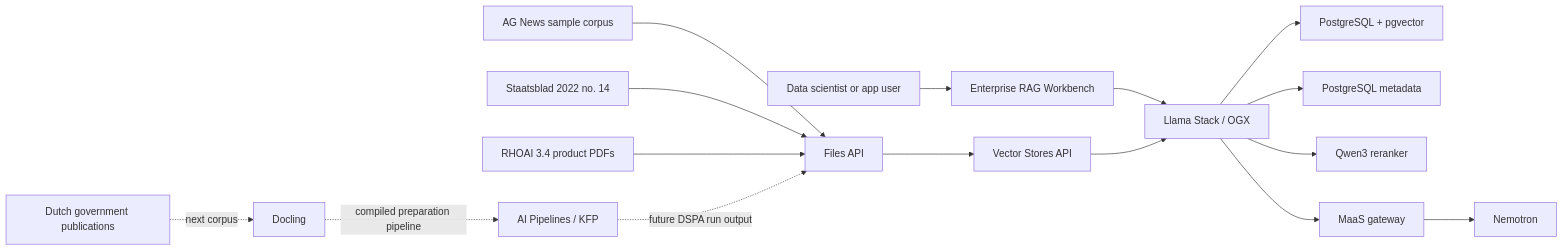
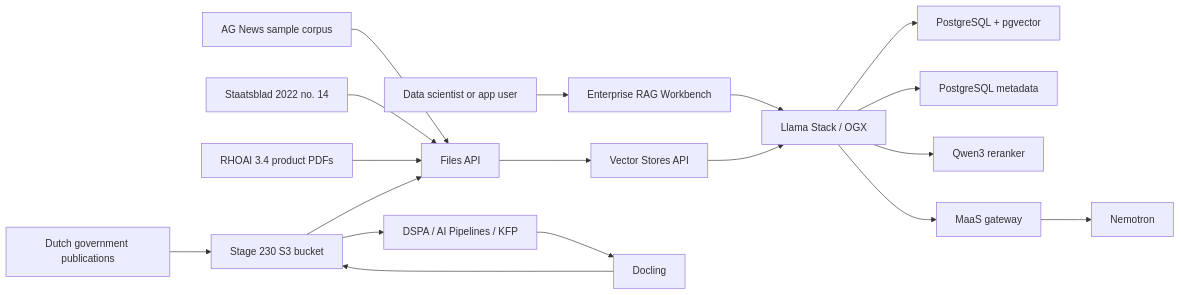
One commit to adnan-drina/rhoai3-demo changed the diagram in stage-230-private-data-rag/README.md. Above: the diagram before and after it, drawn with Mermaid. The commit also changed other lines of this file and 21 other files, not shown here.

Commit message:
feat(stage-230): add DSPA Docling pipeline gate

````diff
--- a/stage-230-private-data-rag/README.md
+++ b/stage-230-private-data-rag/README.md
@@ -99,35 +100,38 @@
 ```mermaid
 flowchart LR
   user["Data scientist or app user"]
   corpus["AG News sample corpus"]
   dutch["Staatsblad 2022 no. 14"]
   rhoai_docs["RHOAI 3.4 product PDFs"]
   files["Files API"]
   vectors["Vector Stores API"]
   stack["Llama Stack / OGX"]
   pgvector["PostgreSQL + pgvector"]
   pg["PostgreSQL metadata"]
   reranker["Qwen3 reranker"]
   workbench["Enterprise RAG Workbench"]
   maas["MaaS gateway"]
   nemotron["Nemotron"]
   nl_docs["Dutch government publications"]
   docling["Docling"]
-  kfp["AI Pipelines / KFP"]
+  kfp["DSPA / AI Pipelines / KFP"]
+  s3["Stage 230 S3 bucket"]
 
   user --> workbench
   workbench --> stack
   corpus --> files
   dutch --> files
   rhoai_docs --> files
   files --> vectors
   vectors --> stack
   stack --> pgvector
   stack --> pg
   stack --> reranker
   stack --> maas
   maas --> nemotron
-  nl_docs -. "next corpus" .-> docling
-  docling -. "compiled preparation pipeline" .-> kfp
-  kfp -. "future DSPA run output" .-> files
+  nl_docs --> s3
+  s3 --> kfp
+  kfp --> docling
+  docling --> s3
+  s3 --> files
 ```
````
